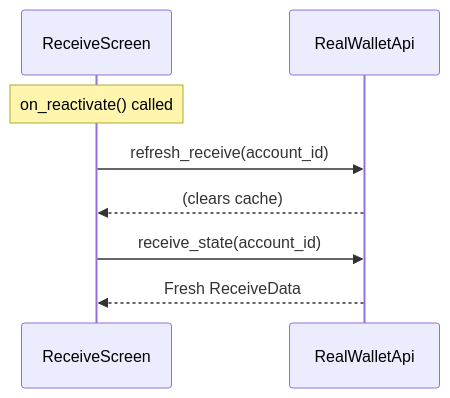
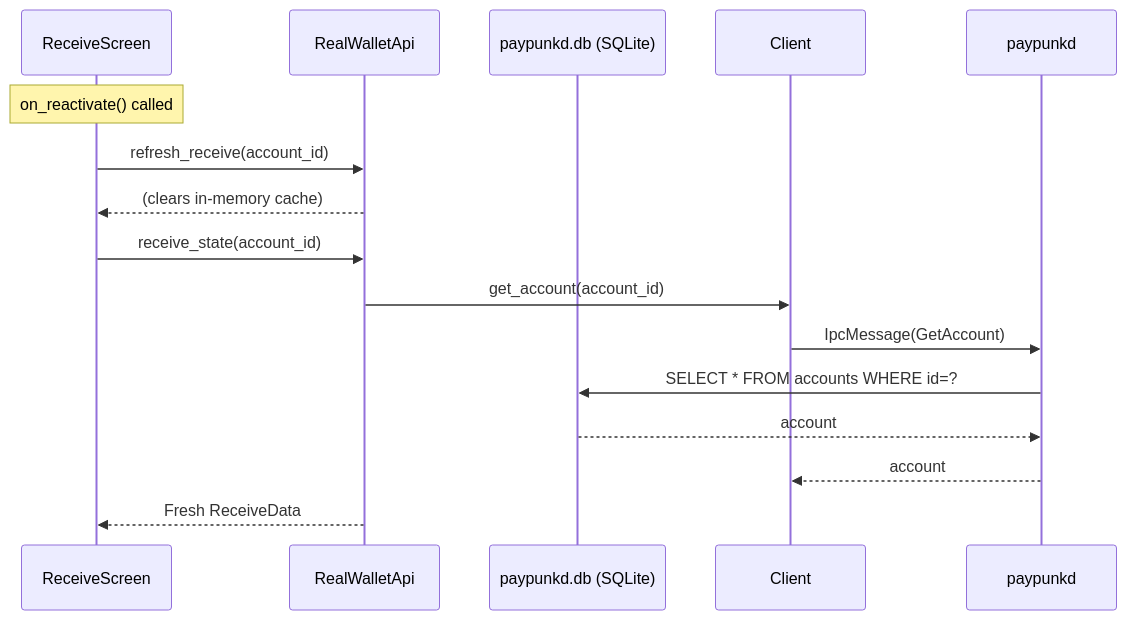
Before and after one commit to blockhackersio/paypunk: the second of 2 diagrams in tui/docs/usecases/07-receive.md, drawn with Mermaid. The commit also changed other lines of this file and 9 other files, not shown here.

````diff
--- a/tui/docs/usecases/07-receive.md
+++ b/tui/docs/usecases/07-receive.md
@@ -34,11 +42,17 @@
 ```mermaid
 sequenceDiagram
     participant TUI as ReceiveScreen
     participant API as RealWalletApi
+    participant SQLite as paypunkd.db (SQLite)
 
     Note over TUI: on_reactivate() called
     TUI->>API: refresh_receive(account_id)
-    API-->>TUI: (clears cache)
+    API-->>TUI: (clears in-memory cache)
     TUI->>API: receive_state(account_id)
+    API->>Client: get_account(account_id)
+    Client->>paypunkd: IpcMessage(GetAccount)
+    paypunkd->>SQLite: SELECT * FROM accounts WHERE id=?
+    SQLite-->>paypunkd: account
+    paypunkd-->>Client: account
     API-->>TUI: Fresh ReceiveData
 ```
````
